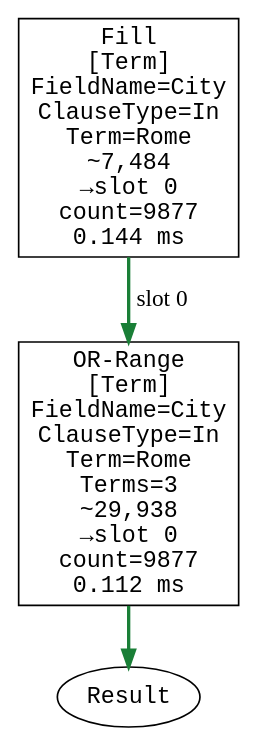
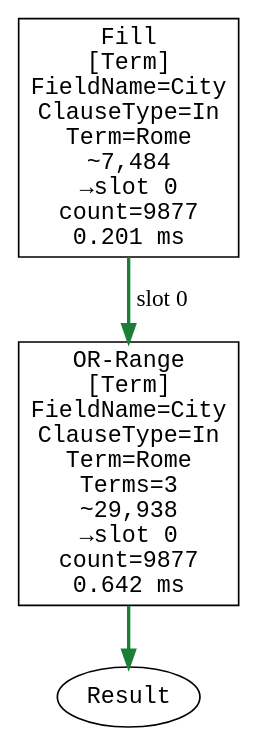
One commit to ayende/ravendb changed the tenth of 44 diagrams in corax-query-catalog.md. Above: the diagram before and after it, drawn with Graphviz. The commit also changed other lines of this file and 1 other file, not shown here.

First line of the commit message:
RavenDB-25281 Regenerate query catalog for producer-node rendering

````diff
--- a/corax-query-catalog.md
+++ b/corax-query-catalog.md
@@ -877,11 +877,11 @@
 ```dot
 digraph QueryPlan {
   rankdir=TB;
-  node [shape=box, fontname="monospace"];
-  op0 [label="Fill\n[Term]\nFieldName=City\nClauseType=In\nTerm=Rome\n~7,484\n→slot 0\ncount=9877\n0.144 ms", data_destslot="0", data_dispatch="Term", data_fieldname="City", data_term="Rome", data_clausetype="In", data_estimatedrows="7,484", data_count="9877", data_ms="0.144"];
-  op1 [label="OR-Range\n[Term]\nFieldName=City\nClauseType=In\nTerm=Rome\nTerms=3\n~29,938\n→slot 0\ncount=9877\n0.112 ms", data_destslot="0", data_dispatch="Term", data_fieldname="City", data_term="Rome", data_clausetype="In", data_estimatedrows="29,938", data_count="9877", data_ms="0.112", data_terms="3"];
-  result [shape=ellipse, label="Result"];
-  op0 -> op1 [style=bold, color="#1a7f37", label="slot 0"];
-  op1 -> result [style=bold, color="#1a7f37"];
+  node [shape="box", fontname="monospace"];
+  op0 [label="Fill\n[Term]\nFieldName=City\nClauseType=In\nTerm=Rome\n~7,484\n→slot 0\ncount=9877\n0.201 ms", data_operation="Fill", data_destslot="0", data_dispatch="Term", data_fieldname="City", data_term="Rome", data_clausetype="In", data_estimatedrows="7,484", data_count="9877", data_ms="0.201", data_taken="True"];
+  op1 [label="OR-Range\n[Term]\nFieldName=City\nClauseType=In\nTerm=Rome\nTerms=3\n~29,938\n→slot 0\ncount=9877\n0.642 ms", data_operation="OR-Range", data_destslot="0", data_dispatch="Term", data_fieldname="City", data_term="Rome", data_clausetype="In", data_estimatedrows="29,938", data_count="9877", data_ms="0.642", data_terms="3", data_taken="True"];
+  result [shape="ellipse", label="Result", data_operation="Result"];
+  op0 -> op1 [style="bold", color="#1a7f37", label="slot 0", data_kind="dataflow", data_slot="0", data_flow="on"];
+  op1 -> result [style="bold", color="#1a7f37", data_kind="result", data_variant="bitmap-final", data_flow="on"];
 }
 ```
````
